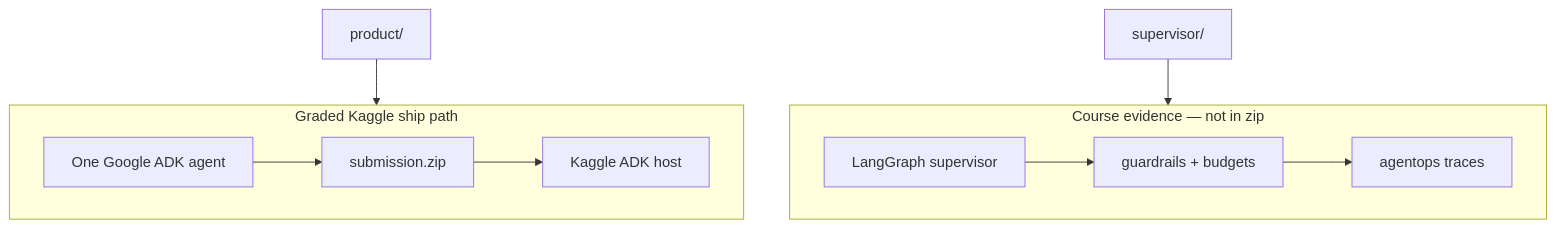
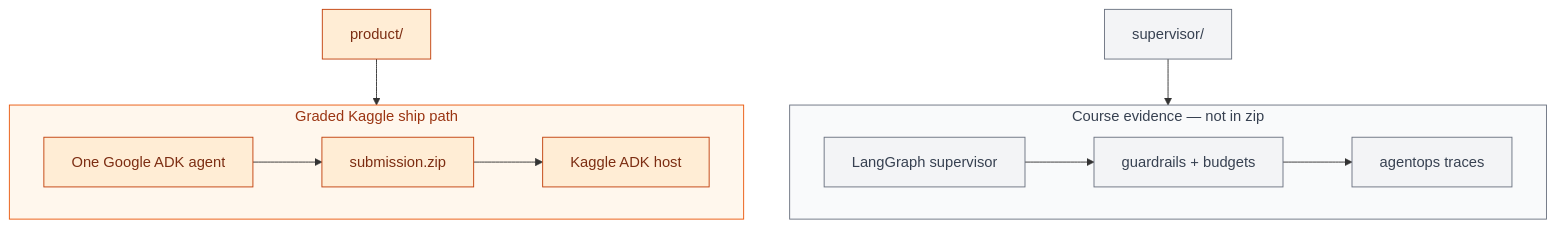
One commit to khaosans/noisegate-gemma4-factory changed the first of 2 diagrams in docs/wiki/Requirements-Compliance.md. Above: the diagram before and after it, drawn with Mermaid. The commit also changed other lines of this file and 7 other files, not shown here.

First line of the commit message:
release: v1.0.0-beta.1 + Mermaid color legends

````diff
--- a/docs/wiki/Requirements-Compliance.md
+++ b/docs/wiki/Requirements-Compliance.md
@@ -41,17 +41,24 @@
 ```mermaid
 flowchart TB
   subgraph Ship["Graded Kaggle ship path"]
     ADK[One Google ADK agent] --> Zip[submission.zip]
     Zip --> Host[Kaggle ADK host]
   end
 
   subgraph Course["Course evidence — not in zip"]
     LG[LangGraph supervisor]
     GR[guardrails + budgets]
     AO[agentops traces]
     LG --> GR --> AO
   end
 
   ProductCfg[product/] --> Ship
   Supervisor[supervisor/] --> Course
+
+  classDef product fill:#FFEDD5,stroke:#C2410C,color:#7C2D12
+  classDef course fill:#F3F4F6,stroke:#6B7280,color:#374151
+  class ADK,Zip,Host,ProductCfg product
+  class LG,GR,AO,Supervisor course
+  style Ship fill:#FFF7ED,stroke:#EA580C,color:#9A3412
+  style Course fill:#F9FAFB,stroke:#6B7280,color:#374151
 ```
````
